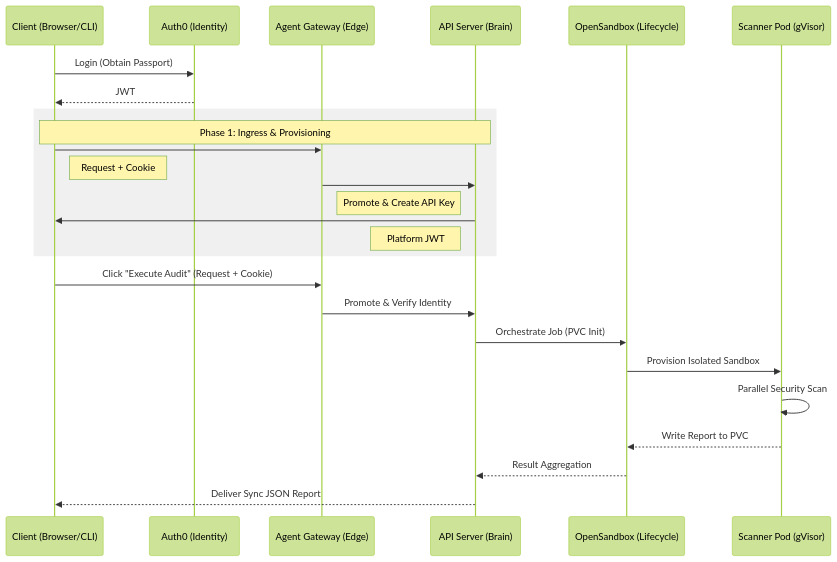
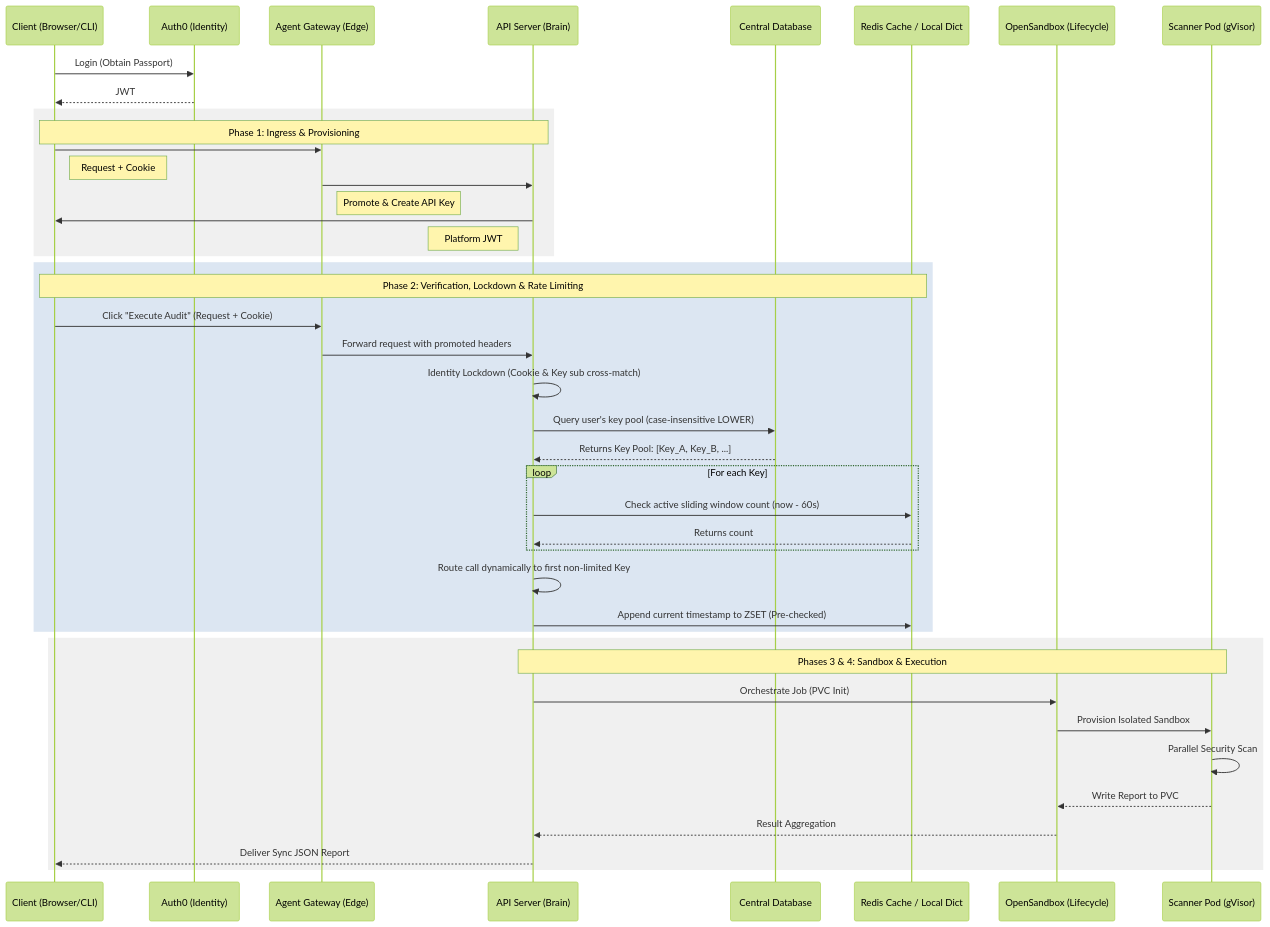
The diagram in docs/technicalprocessguid.md (01cloud/01-Sandbox), drawn with Mermaid (forest theme) before and after one commit. The commit also changed other lines of this file, not shown here.

````diff
--- a/docs/technicalprocessguid.md
+++ b/docs/technicalprocessguid.md
@@ -9,31 +9,49 @@
 ```mermaid
 sequenceDiagram
     participant User as Client (Browser/CLI)
     participant Auth0 as Auth0 (Identity)
     participant GW as Agent Gateway (Edge)
     participant API as API Server (Brain)
+    participant DB as Central Database
+    participant Cache as Redis Cache / Local Dict
     participant OSS as OpenSandbox (Lifecycle)
     participant POD as Scanner Pod (gVisor)
 
     User->>Auth0: Login (Obtain Passport)
     Auth0-->>User: JWT
     
     rect rgb(240, 240, 240)
     Note over User, API: Phase 1: Ingress & Provisioning
     User->>GW:  
     Note right of User: Request + Cookie
     GW->>API:  
     Note right of GW: Promote & Create API Key
     API->>User:  
     Note left of API: Platform JWT
     end
 
+    rect rgb(220, 230, 242)
+    Note over User, Cache: Phase 2: Verification, Lockdown & Rate Limiting
     User->>GW: Click "Execute Audit" (Request + Cookie)
-    GW->>API: Promote & Verify Identity
+    GW->>API: Forward request with promoted headers
+    API->>API: Identity Lockdown (Cookie & Key sub cross-match)
+    API->>DB: Query user's key pool (case-insensitive LOWER)
+    DB-->>API: Returns Key Pool: [Key_A, Key_B, ...]
+    loop For each Key
+        API->>Cache: Check active sliding window count (now - 60s)
+        Cache-->>API: Returns count
+    end
+    API->>API: Route call dynamically to first non-limited Key
+    API->>Cache: Append current timestamp to ZSET (Pre-checked)
+    end
+
+    rect rgb(240, 240, 240)
+    Note over API, POD: Phases 3 & 4: Sandbox & Execution
     API->>OSS: Orchestrate Job (PVC Init)
     OSS->>POD: Provision Isolated Sandbox
     POD->>POD: Parallel Security Scan
     POD-->>OSS: Write Report to PVC
     OSS-->>API: Result Aggregation
     API-->>User: Deliver Sync JSON Report
+    end
 ```
````
